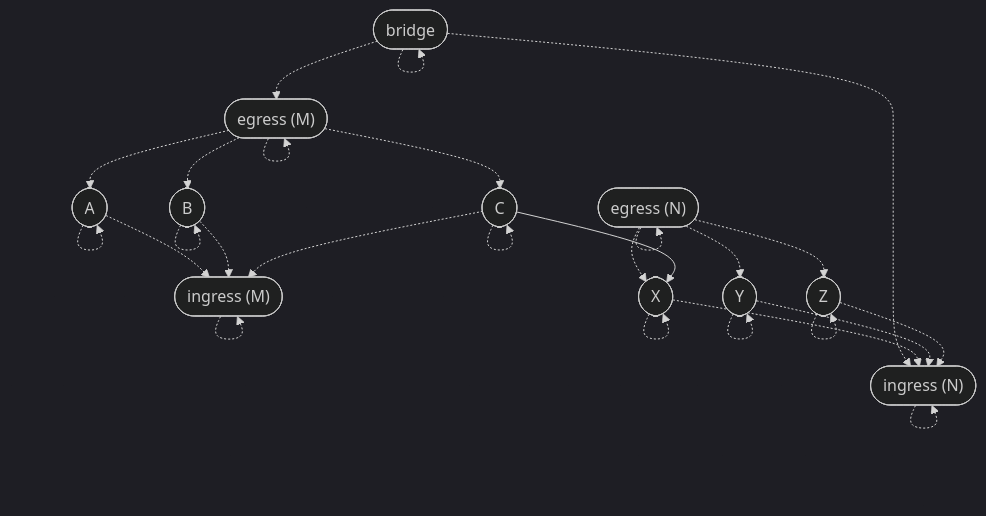
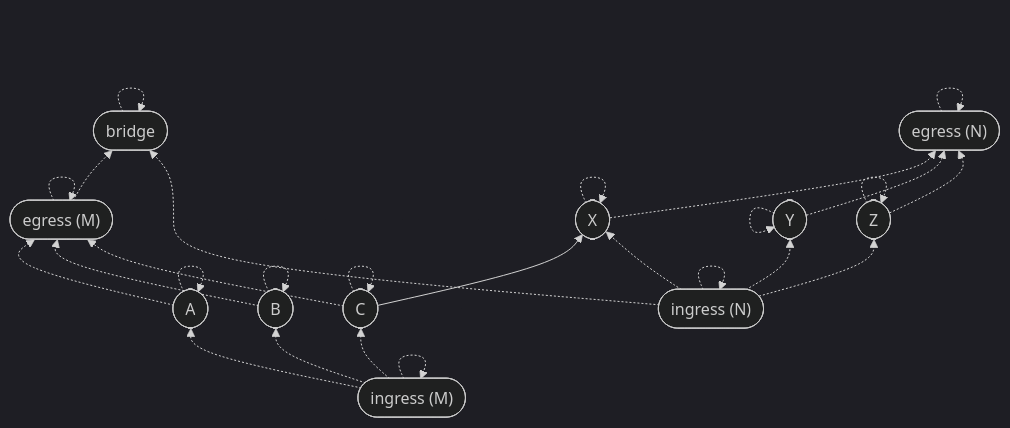
Before and after one commit to stepchowfun/proofs: diagram 13 of 14 in proofs/AdmissibilityGraph/README.md, drawn with Mermaid (dark theme). The commit also changed other lines of this file and 5 other files, not shown here.

Commit message:
Flip the direction of the parent-child edges in the admissibility graph development

````diff
--- a/proofs/AdmissibilityGraph/README.md
+++ b/proofs/AdmissibilityGraph/README.md
@@ -345,42 +370,42 @@
 ```mermaid
-flowchart TD
+flowchart BT
   bridge([bridge])
   me(["egress (M)"])
   a([A])
   b([B])
   c([C])
   mi(["ingress (M)"])
   ne(["egress (N)"])
   x([X])
   y([Y])
   z([Z])
   ni(["ingress (N)"])
 
   bridge -.-> bridge
   me -.-> me
   a -.-> a
   b -.-> b
   c -.-> c
   mi -.-> mi
   ne -.-> ne
   x -.-> x
   y -.-> y
   z -.-> z
   ni -.-> ni
 
-  bridge -.-> me
-  me -.-> a
-  me -.-> b
-  me -.-> c
-  a -.-> mi
-  b -.-> mi
-  c -.-> mi
-  bridge -.-> ni
-  ne -.-> x
-  ne -.-> y
-  ne -.-> z
-  x -.-> ni
-  y -.-> ni
-  z -.-> ni
   c --> x
+  me -.-> bridge
+  a -.-> me
+  b -.-> me
+  c -.-> me
+  mi -.-> a
+  mi -.-> b
+  mi -.-> c
+  ni -.-> bridge
+  x -.-> ne
+  y -.-> ne
+  z -.-> ne
+  ni -.-> x
+  ni -.-> y
+  ni -.-> z
 ```
````
